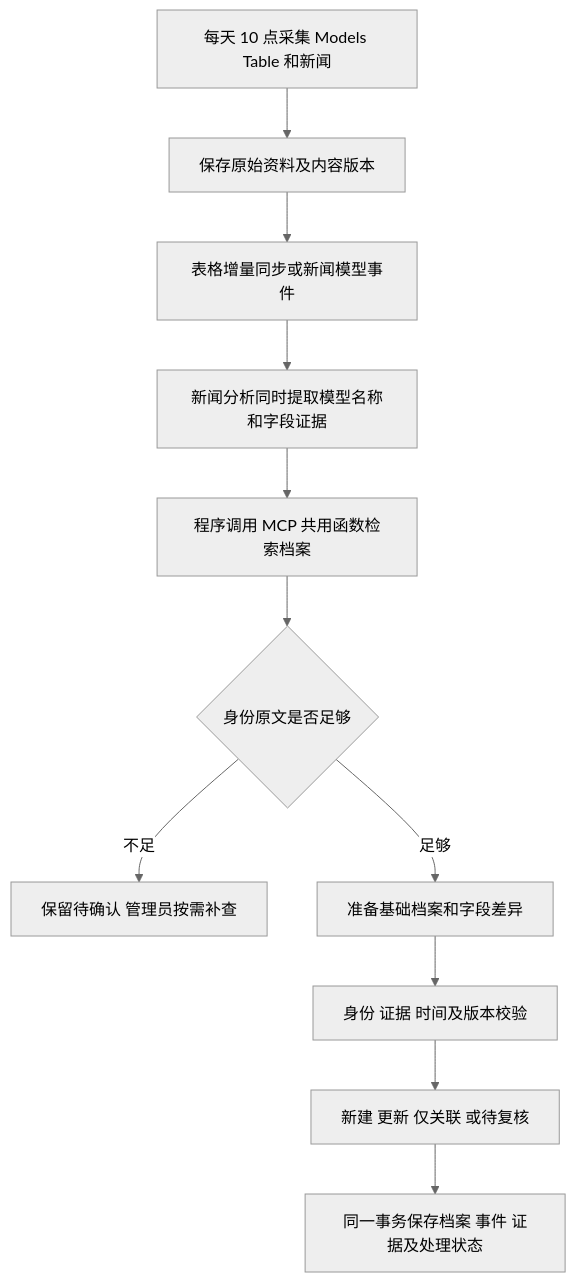
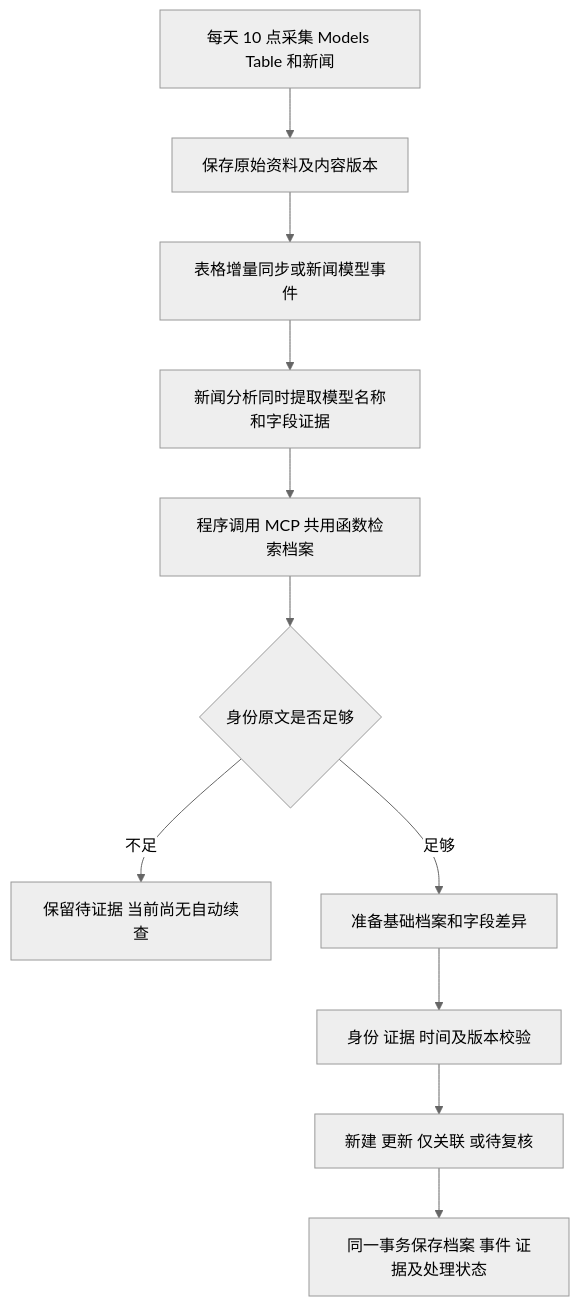
Before and after one commit to se-ren-dipity/ai_tracker: the diagram in docs/model-registry-agent-design.md, drawn with Mermaid (neutral theme). The commit also changed other lines of this file and 19 other files, not shown here.

````diff
--- a/docs/model-registry-agent-design.md
+++ b/docs/model-registry-agent-design.md
@@ -27,13 +27,13 @@
 ```mermaid
 flowchart TD
     A[每天 10 点采集 Models Table 和新闻] --> B[保存原始资料及内容版本]
     B --> C[表格增量同步或新闻模型事件]
     C --> D[新闻分析同时提取模型名称和字段证据]
     D --> E[程序调用 MCP 共用函数检索档案]
     E --> F{身份原文是否足够}
-    F -->|不足| G[保留待确认 管理员按需补查]
+    F -->|不足| G[保留待证据 当前尚无自动续查]
     F -->|足够| H[准备基础档案和字段差异]
     H --> I[身份 证据 时间及版本校验]
     I --> J[新建 更新 仅关联 或待复核]
     J --> K[同一事务保存档案 事件 证据及处理状态]
 ```
````
